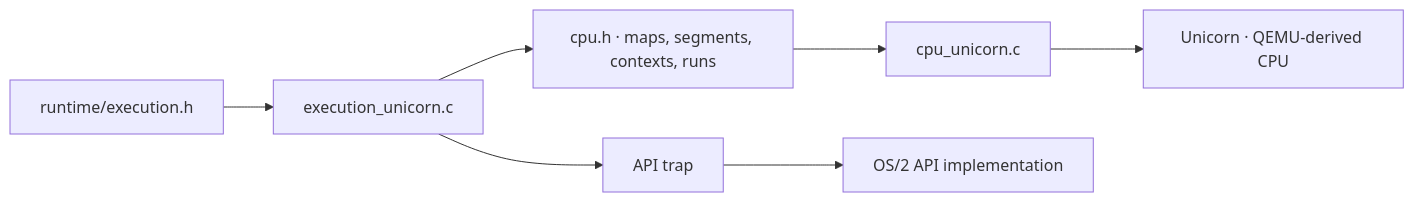
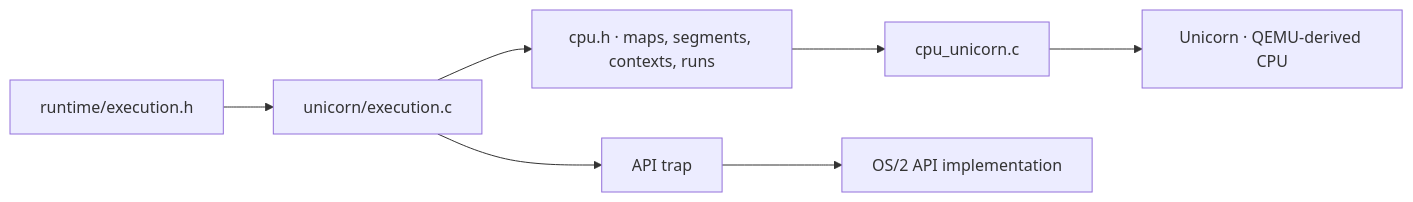
The diagram in docs/emulation.md (bitwisecook/2ine), drawn with Mermaid before and after one commit. The commit also changed other lines of this file and 23 other files, not shown here.

````diff
--- a/docs/emulation.md
+++ b/docs/emulation.md
@@ -8,7 +8,7 @@
 ```mermaid
 flowchart LR
-    Exec["runtime/execution.h"] --> Process["execution_unicorn.c"]
+    Exec["runtime/execution.h"] --> Process["unicorn/execution.c"]
     Process --> CPU["cpu.h · maps, segments, contexts, runs"]
     CPU --> Adapter["cpu_unicorn.c"] --> Unicorn["Unicorn · QEMU-derived CPU"]
     Process --> Trap["API trap"] --> OS2["OS/2 API implementation"]
 ```
````
